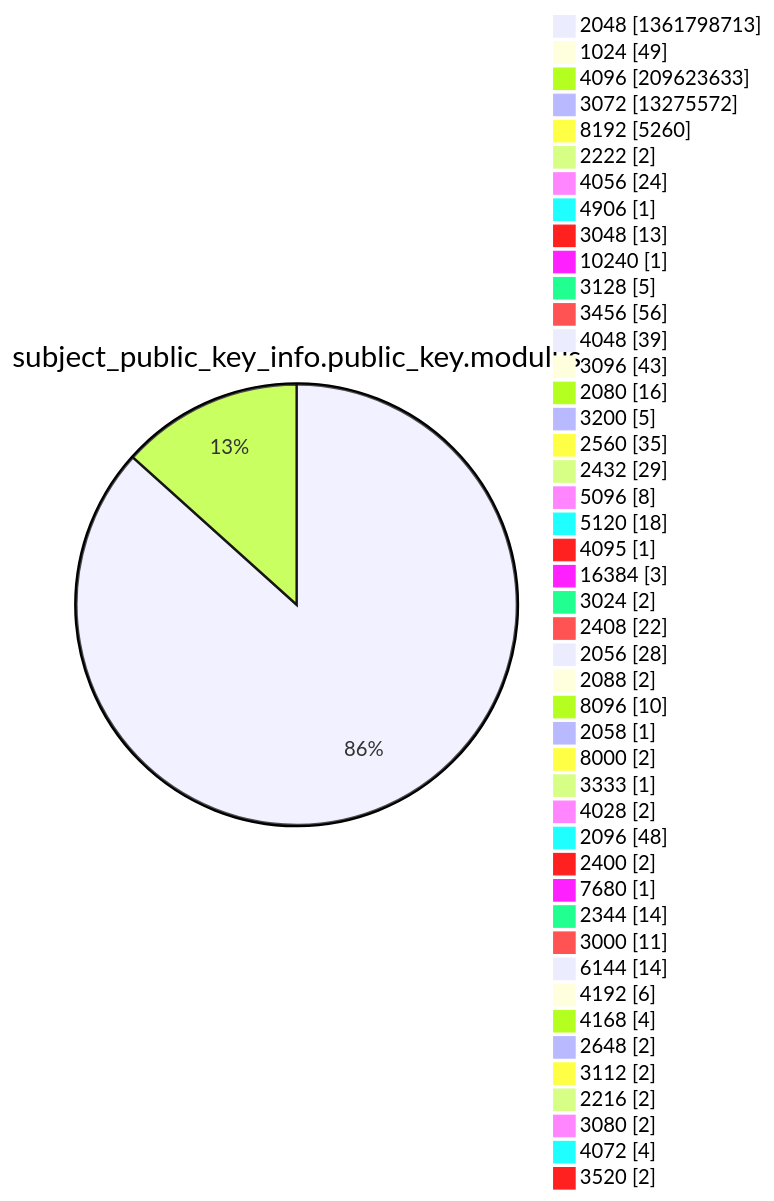
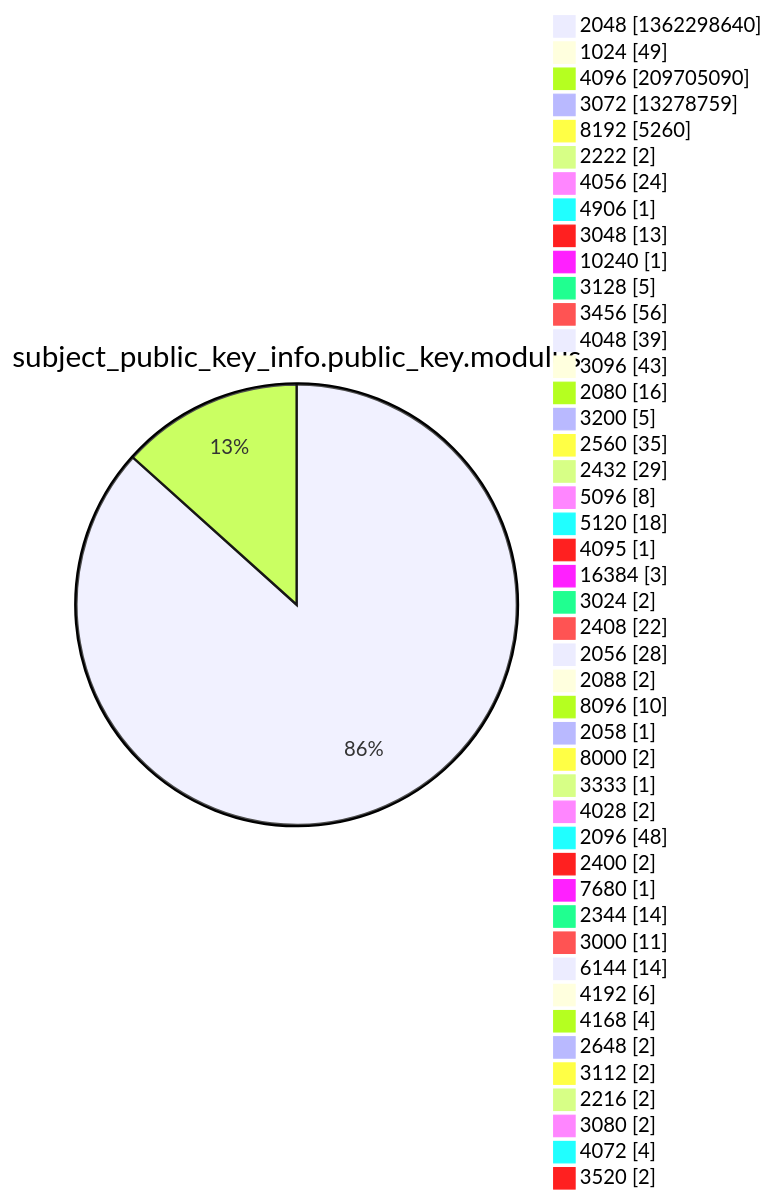
One commit to christiankrug/ctmonitor_visualization changed diagram 13 of 15 in xenon2022/README.md. Above: the diagram before and after it, drawn with Mermaid. The commit also changed other lines of this file, not shown here.

````diff
--- a/xenon2022/README.md
+++ b/xenon2022/README.md
@@ -3927,49 +3927,49 @@
 ```mermaid
 pie showData
 title subject_public_key_info.public_key.modulus
-"2048" :1361798713
+"2048" :1362298640
 "1024" :49
-"4096" :209623633
-"3072" :13275572
+"4096" :209705090
+"3072" :13278759
 "8192" :5260
 "2222" :2
 "4056" :24
 "4906" :1
 "3048" :13
 "10240" :1
 "3128" :5
 "3456" :56
 "4048" :39
 "3096" :43
 "2080" :16
 "3200" :5
 "2560" :35
 "2432" :29
 "5096" :8
 "5120" :18
 "4095" :1
 "16384" :3
 "3024" :2
 "2408" :22
 "2056" :28
 "2088" :2
 "8096" :10
 "2058" :1
 "8000" :2
 "3333" :1
 "4028" :2
 "2096" :48
 "2400" :2
 "7680" :1
 "2344" :14
 "3000" :11
 "6144" :14
 "4192" :6
 "4168" :4
 "2648" :2
 "3112" :2
 "2216" :2
 "3080" :2
 "4072" :4
 "3520" :2
 ```
````
